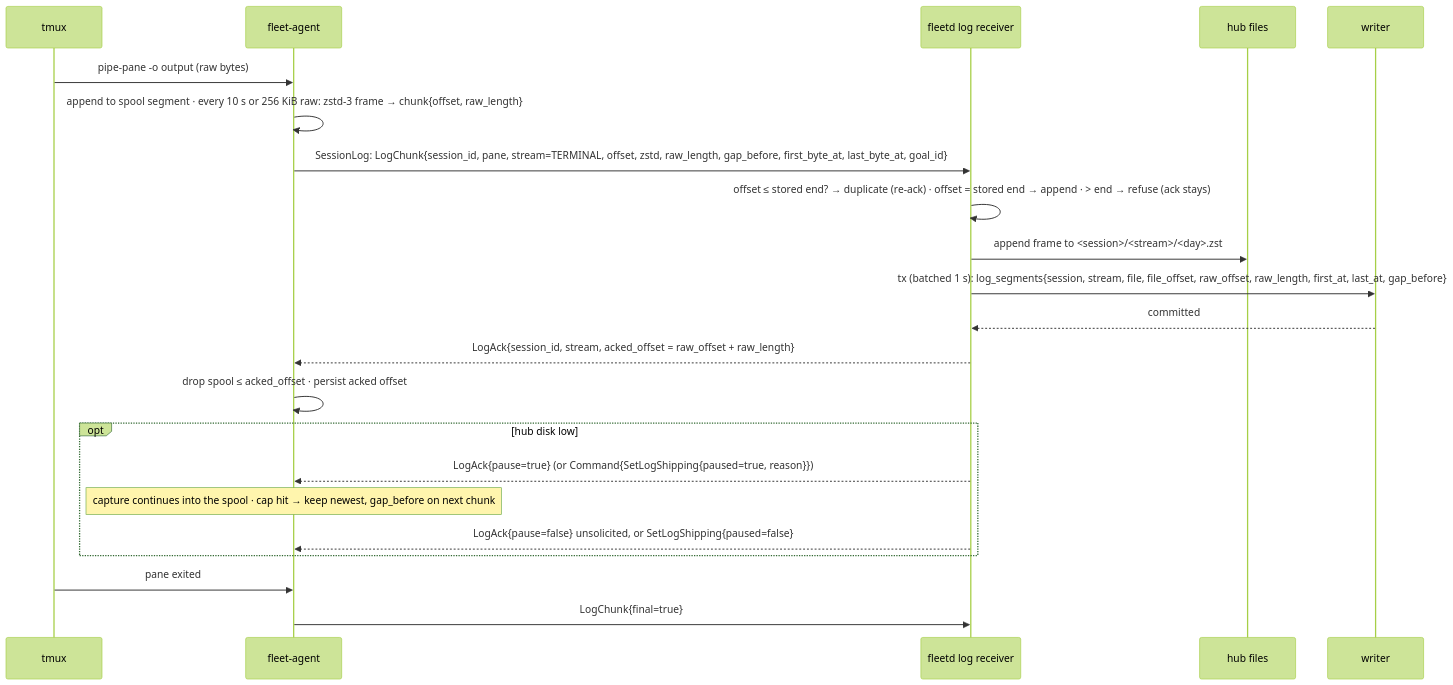
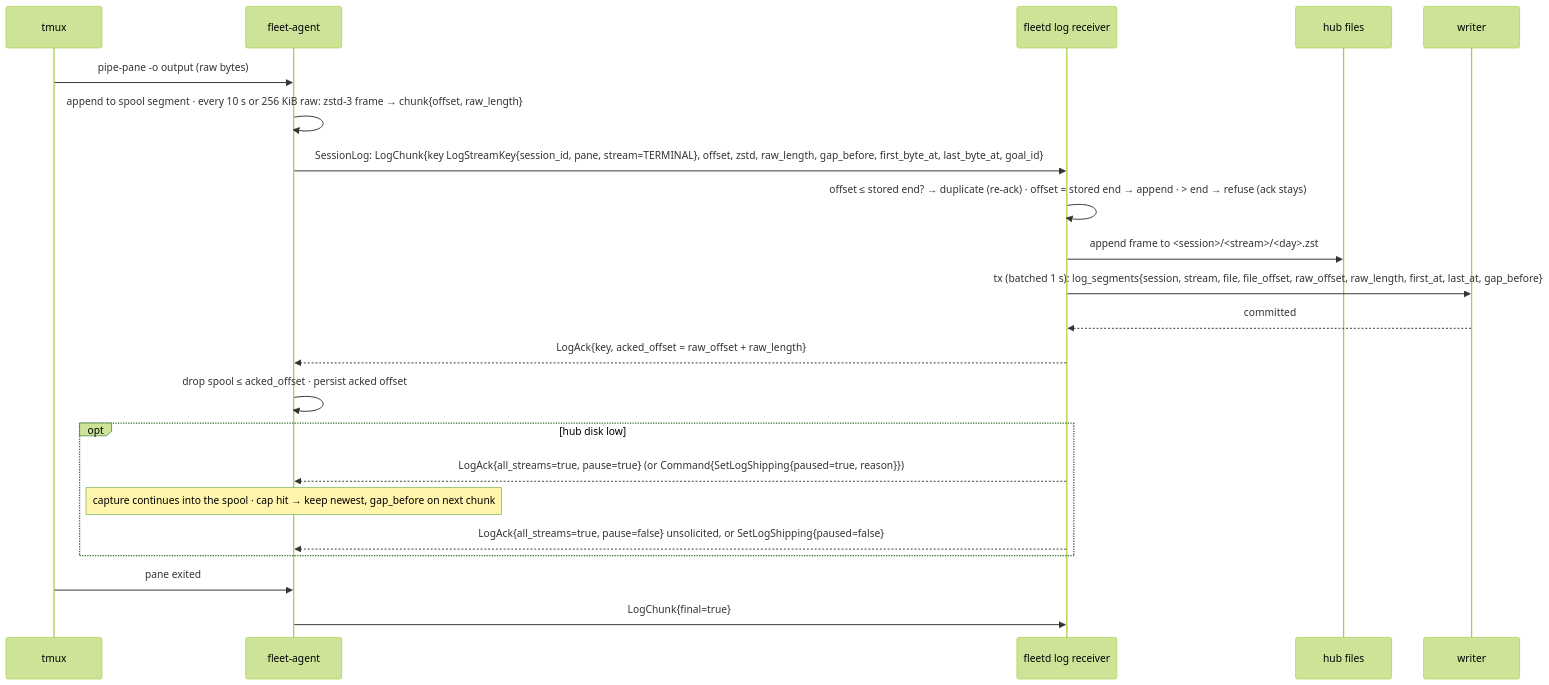
Before and after one commit to linuxdynasty/fleet-board: the fourth of 5 diagrams in docs/specs/03d-triage-sessions-logs.md, drawn with Mermaid (forest theme). The commit also changed other lines of this file and 49 other files, not shown here.

````diff
--- a/docs/specs/03d-triage-sessions-logs.md
+++ b/docs/specs/03d-triage-sessions-logs.md
@@ -252,24 +252,24 @@
 ```mermaid
 sequenceDiagram
   participant T as tmux
   participant A as fleet-agent
   participant H as fleetd log receiver
   participant F as hub files
   participant W as writer
   T->>A: pipe-pane -o output (raw bytes)
   A->>A: append to spool segment · every 10 s or 256 KiB raw: zstd-3 frame → chunk{offset, raw_length}
-  A->>H: SessionLog: LogChunk{session_id, pane, stream=TERMINAL, offset, zstd, raw_length, gap_before, first_byte_at, last_byte_at, goal_id}
+  A->>H: SessionLog: LogChunk{key LogStreamKey{session_id, pane, stream=TERMINAL}, offset, zstd, raw_length, gap_before, first_byte_at, last_byte_at, goal_id}
   H->>H: offset ≤ stored end? → duplicate (re-ack) · offset = stored end → append · > end → refuse (ack stays)
   H->>F: append frame to <session>/<stream>/<day>.zst
   H->>W: tx (batched 1 s): log_segments{session, stream, file, file_offset, raw_offset, raw_length, first_at, last_at, gap_before}
   W-->>H: committed
-  H-->>A: LogAck{session_id, stream, acked_offset = raw_offset + raw_length}
+  H-->>A: LogAck{key, acked_offset = raw_offset + raw_length}
   A->>A: drop spool ≤ acked_offset · persist acked offset
   opt hub disk low
-    H-->>A: LogAck{pause=true} (or Command{SetLogShipping{paused=true, reason}})
+    H-->>A: LogAck{all_streams=true, pause=true} (or Command{SetLogShipping{paused=true, reason}})
     Note over A: capture continues into the spool · cap hit → keep newest, gap_before on next chunk
-    H-->>A: LogAck{pause=false} unsolicited, or SetLogShipping{paused=false}
+    H-->>A: LogAck{all_streams=true, pause=false} unsolicited, or SetLogShipping{paused=false}
   end
   T->>A: pane exited
   A->>H: LogChunk{final=true}
 ```
````
